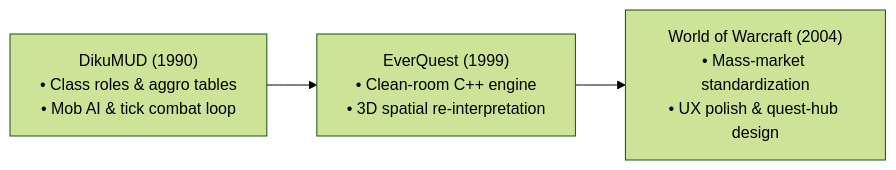
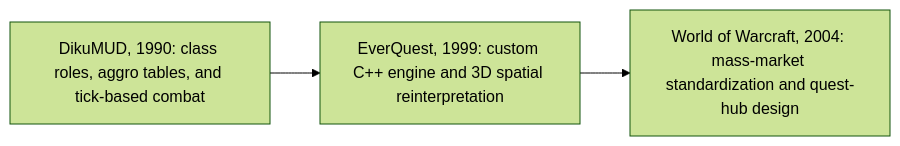
One commit to caraya/astro-blog2 changed the fourth of 4 diagrams in src/content/blog/from-text-to-telepresence.md. Above: the diagram before and after it, drawn with Mermaid (forest theme). The commit also changed other lines of this file and 7 other files, not shown here.

````diff
--- a/src/content/blog/from-text-to-telepresence.md
+++ b/src/content/blog/from-text-to-telepresence.md
@@ -301,8 +289,8 @@
 ```mermaid
 flowchart LR
-    Diku["DikuMUD (1990)<br/>• Class roles & aggro tables<br/>• Mob AI & tick combat loop"]
-    EQ["EverQuest (1999)<br/>• Clean-room C++ engine<br/>• 3D spatial re-interpretation"]
-    WoW["World of Warcraft (2004)<br/>• Mass-market standardization<br/>• UX polish & quest-hub design"]
+    Diku["DikuMUD, 1990: class roles, aggro tables, and tick-based combat"]
+    EQ["EverQuest, 1999: custom C++ engine and 3D spatial reinterpretation"]
+    WoW["World of Warcraft, 2004: mass-market standardization and quest-hub design"]
 
     Diku --> EQ --> WoW
 ```
````
